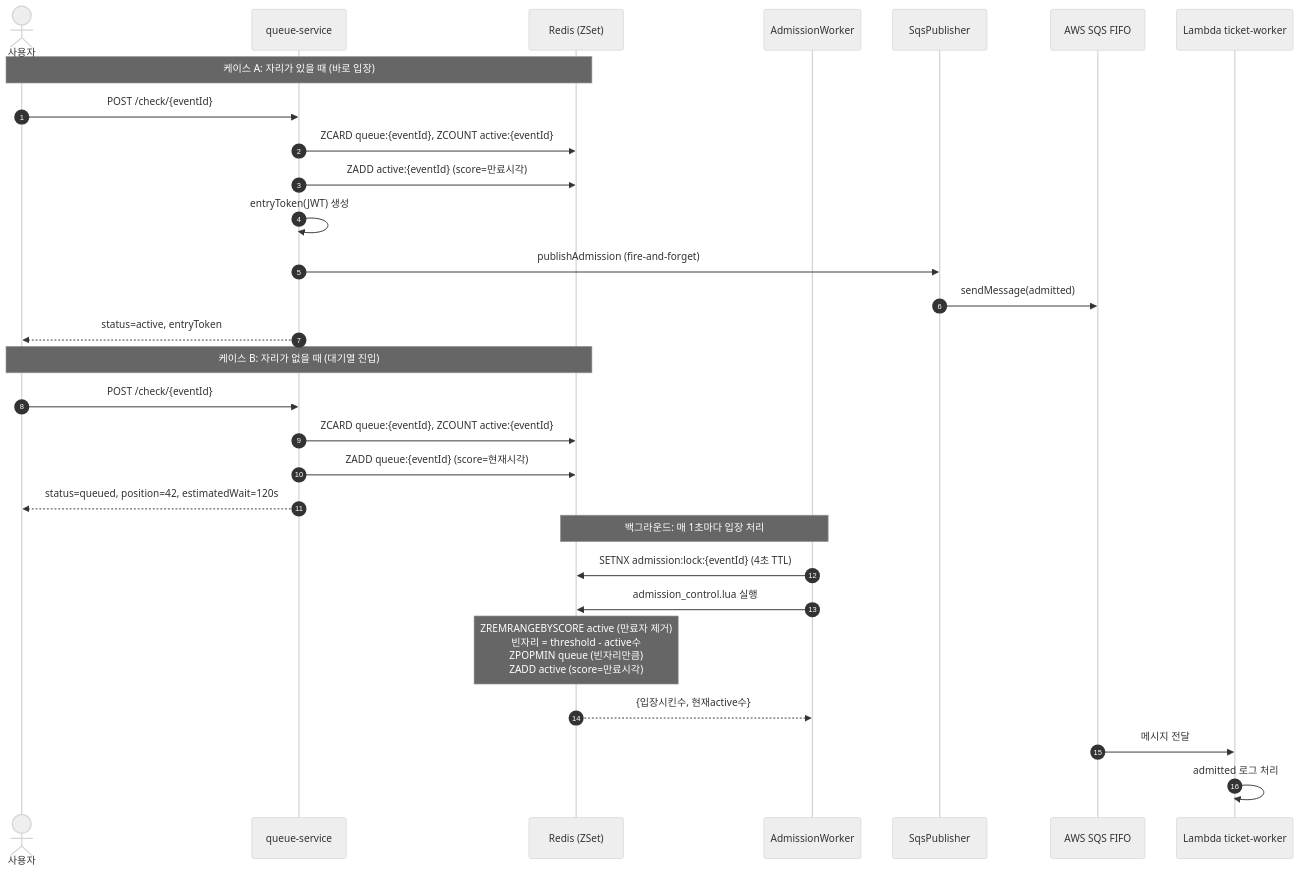
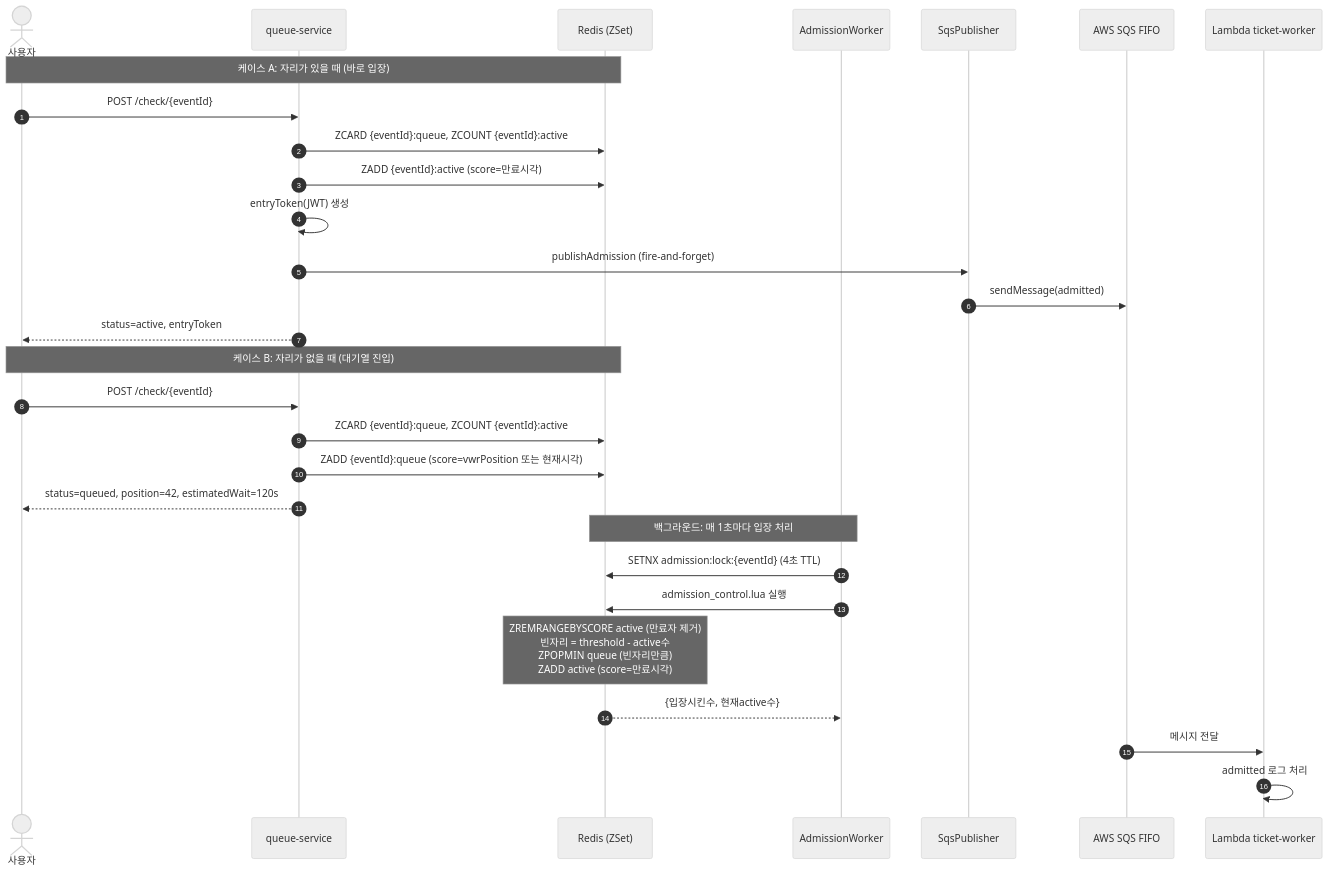
One commit to cchriscode/URR changed the second of 5 diagrams in docs/check8.md. Above: the diagram before and after it, drawn with Mermaid (neutral theme). The commit also changed other lines of this file and 103 other files, not shown here.

````diff
--- a/docs/check8.md
+++ b/docs/check8.md
@@ -1004,35 +1021,35 @@
 ```mermaid
 sequenceDiagram
   autonumber
   actor U as 사용자
   participant Q as queue-service
   participant R as Redis (ZSet)
   participant W as AdmissionWorker
   participant SP as SqsPublisher
   participant S as AWS SQS FIFO
   participant L as Lambda ticket-worker
 
   Note over U,R: 케이스 A: 자리가 있을 때 (바로 입장)
   U->>Q: POST /check/{eventId}
-  Q->>R: ZCARD queue:{eventId}, ZCOUNT active:{eventId}
-  Q->>R: ZADD active:{eventId} (score=만료시각)
+  Q->>R: ZCARD {eventId}:queue, ZCOUNT {eventId}:active
+  Q->>R: ZADD {eventId}:active (score=만료시각)
   Q->>Q: entryToken(JWT) 생성
   Q->>SP: publishAdmission (fire-and-forget)
   SP->>S: sendMessage(admitted)
   Q-->>U: status=active, entryToken
 
   Note over U,R: 케이스 B: 자리가 없을 때 (대기열 진입)
   U->>Q: POST /check/{eventId}
-  Q->>R: ZCARD queue:{eventId}, ZCOUNT active:{eventId}
-  Q->>R: ZADD queue:{eventId} (score=현재시각)
+  Q->>R: ZCARD {eventId}:queue, ZCOUNT {eventId}:active
+  Q->>R: ZADD {eventId}:queue (score=vwrPosition 또는 현재시각)
   Q-->>U: status=queued, position=42, estimatedWait=120s
 
   Note over W,R: 백그라운드: 매 1초마다 입장 처리
   W->>R: SETNX admission:lock:{eventId} (4초 TTL)
   W->>R: admission_control.lua 실행
   Note over R: ZREMRANGEBYSCORE active (만료자 제거)<br/>빈자리 = threshold - active수<br/>ZPOPMIN queue (빈자리만큼)<br/>ZADD active (score=만료시각)
   R-->>W: {입장시킨수, 현재active수}
 
   S->>L: 메시지 전달
   L->>L: admitted 로그 처리
 ```
````
